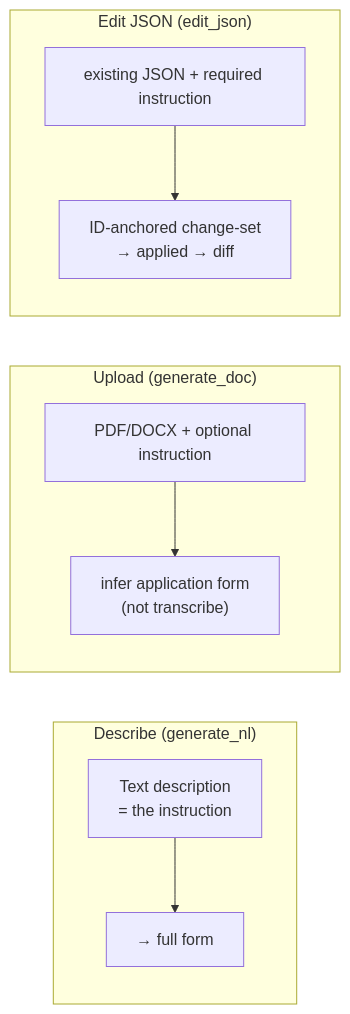
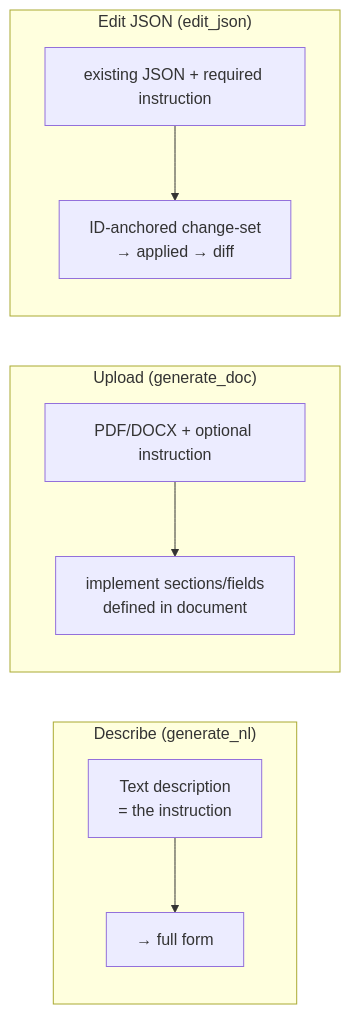
Diagram 11 of 12 in ARCHITECTURE.md (ypiicreators/pcp-formbuilder-ai-backend), drawn with Mermaid before and after one commit. The commit also changed 50 other files, not shown here.

````diff
--- a/ARCHITECTURE.md
+++ b/ARCHITECTURE.md
@@ -416,12 +416,12 @@
 ```mermaid
 flowchart LR
     subgraph ModeA["Describe (generate_nl)"]
         A1["Text description<br/>= the instruction"] --> A2["→ full form"]
     end
     subgraph ModeB["Upload (generate_doc)"]
-        B1["PDF/DOCX + optional instruction"] --> B2["infer application form<br/>(not transcribe)"]
+        B1["PDF/DOCX + optional instruction"] --> B2["implement sections/fields<br/>defined in document"]
     end
     subgraph ModeC["Edit JSON (edit_json)"]
         C1["existing JSON + required instruction"] --> C2["ID-anchored change-set<br/>→ applied → diff"]
     end
 ```
````
